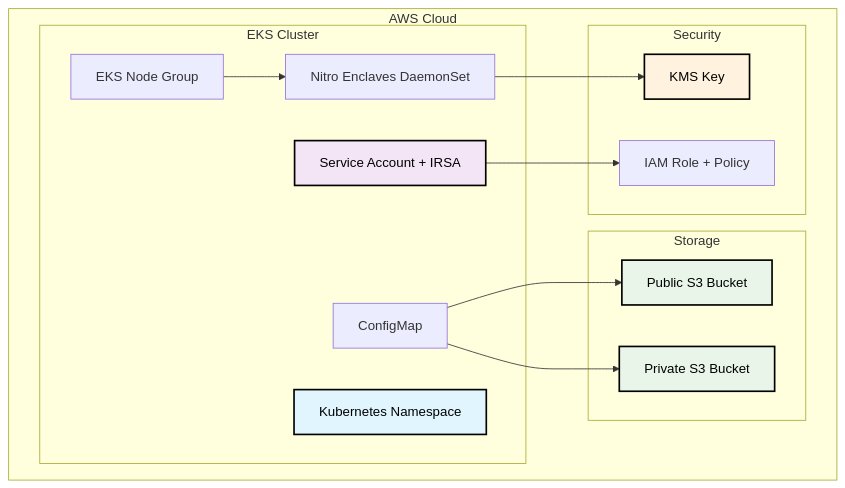
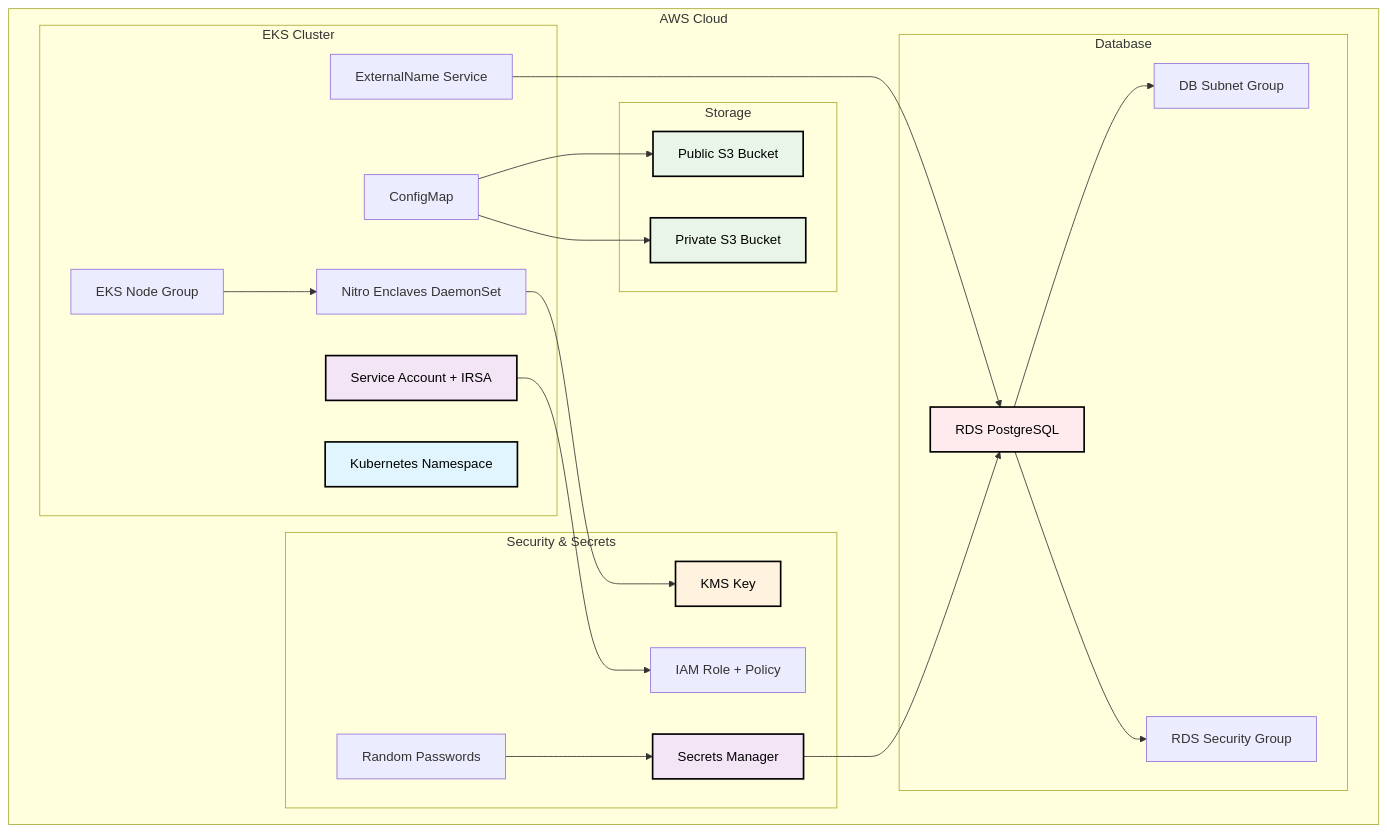
The diagram in modules/mpcparty/README.md (zama-ai/terraform-mpc-modules), drawn with Mermaid before and after one commit. The commit also changed other lines of this file and 14 other files, not shown here.

````diff
--- a/modules/mpcparty/README.md
+++ b/modules/mpcparty/README.md
@@ -16,34 +19,50 @@
 ```mermaid
 graph TB
     subgraph "AWS Cloud"
         subgraph "EKS Cluster"
             NS[Kubernetes Namespace]
             SA[Service Account + IRSA]
             CM[ConfigMap]
             NG[EKS Node Group]
             DS[Nitro Enclaves DaemonSet]
+            EXT[ExternalName Service]
         end
         
         subgraph "Storage"
             PUB[Public S3 Bucket]
             PRIV[Private S3 Bucket]
         end
         
-        subgraph "Security"
+        subgraph "Database"
+            RDS[RDS PostgreSQL]
+            RDSSG[RDS Security Group]
+            SUBNET[DB Subnet Group]
+        end
+        
+        subgraph "Security & Secrets"
             KMS[KMS Key]
             IAM[IAM Role + Policy]
+            SM[Secrets Manager]
+            PASS[Random Passwords]
         end
     end
     
     SA --> IAM
     CM --> PUB
     CM --> PRIV
     NG --> DS
     DS --> KMS
+    EXT --> RDS
+    RDS --> SUBNET
+    RDS --> RDSSG
+    PASS --> SM
+    SM --> RDS
     
     style NS fill:#e1f5fe,stroke:#000,stroke-width:2px,color:#000
     style SA fill:#f3e5f5,stroke:#000,stroke-width:2px,color:#000
     style PUB fill:#e8f5e8,stroke:#000,stroke-width:2px,color:#000
     style PRIV fill:#e8f5e8,stroke:#000,stroke-width:2px,color:#000
+    style RDS fill:#ffebee,stroke:#000,stroke-width:2px,color:#000
     style KMS fill:#fff3e0,stroke:#000,stroke-width:2px,color:#000
+    style SM fill:#f3e5f5,stroke:#000,stroke-width:2px,color:#000
 ```
````
